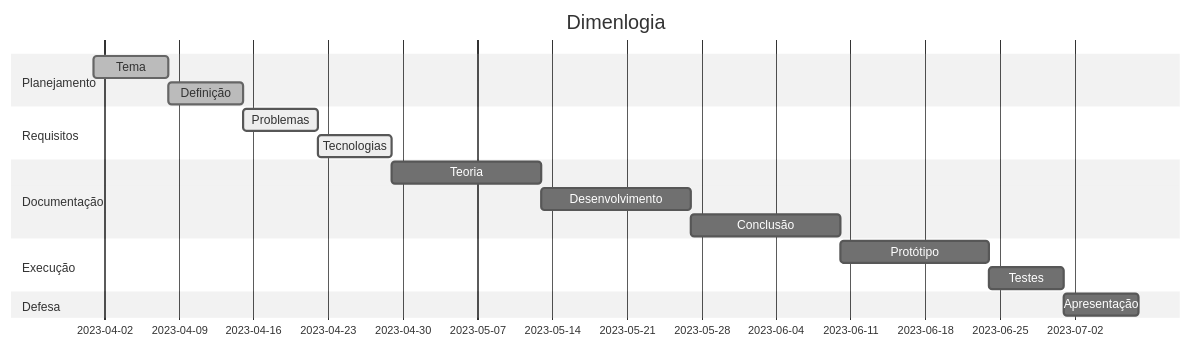
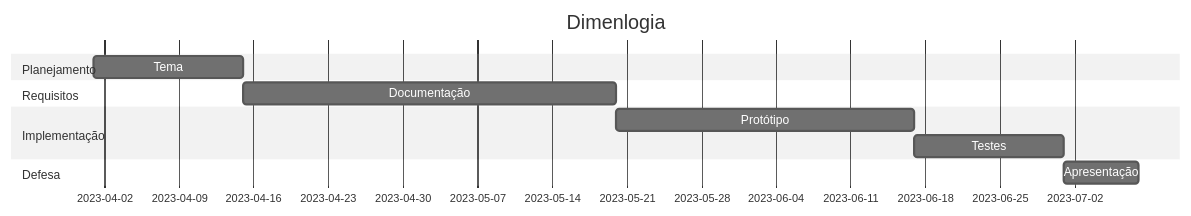
One commit to marcilio-freitas27/projeto-integrador-2 changed the diagram in README.md. Above: the diagram before and after it, drawn with Mermaid (neutral theme).

Commit message:
Inserindo informações sobre as etapadas de construção do software.

````diff
--- a/README.md
+++ b/README.md
@@ -7,26 +7,19 @@
 ```mermaid
     gantt
         title Dimenlogia
         dateFormat  YYYY-MM-DD
 
         section Planejamento
-        Tema                :done, a1, 2023-04-01, 7d
-        Definição           :done, a2, after a1, 7d
+        Tema                        :a1, 2023-04-01, 14d
 
         section Requisitos
-        Problemas           :active, b1, after a2  , 7d
-        Tecnologias         :active, b2, after b1  ,7d
+        Documentação                :b1, after a1  , 35d
 
-        section Documentação
-        Teoria         :c1, after b2, 14d
-        Desenvolvimento      :c2, after c1, 14d
-        Conclusão       :c3, after c2, 14d
-
-        section Execução
-        Protótipo           :d1, after c3, 14d
-        Testes              :d2, after d1, 7d
+        section Implementação
+        Protótipo                   :c1, after b1, 28d
+        Testes                      :c2, after c1, 14d
 
         section Defesa
-        Apresentação        :e1, after d2, 7d
+        Apresentação  :d1, after c2, 7d
 
 ```
````
